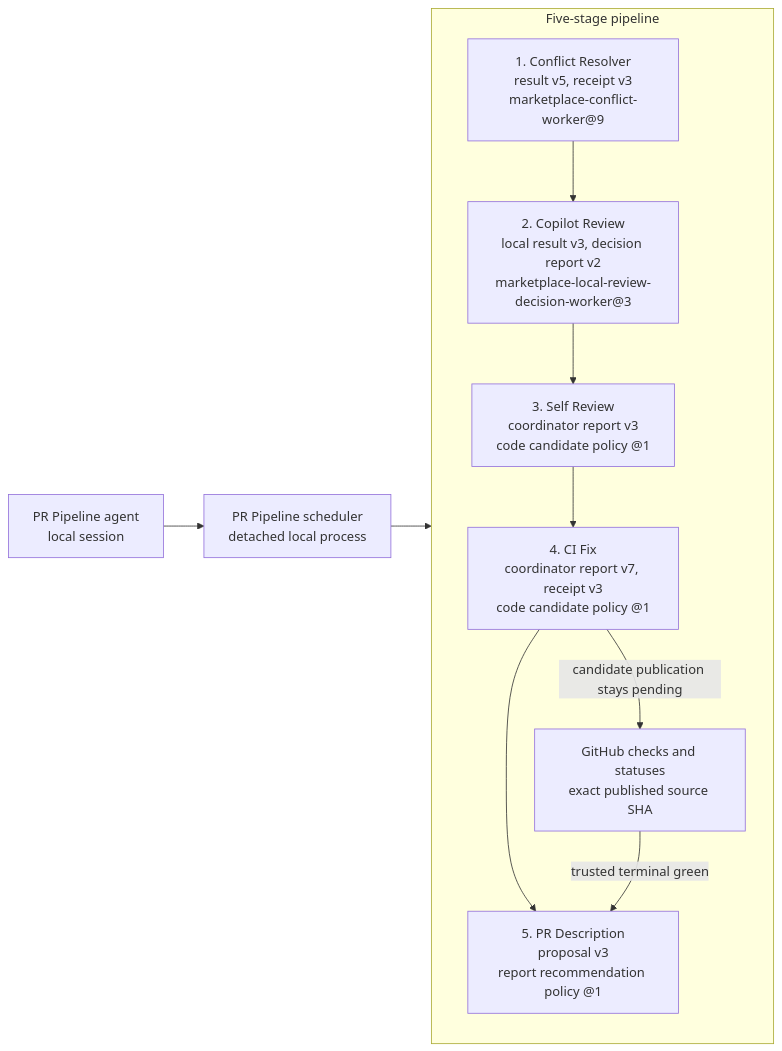
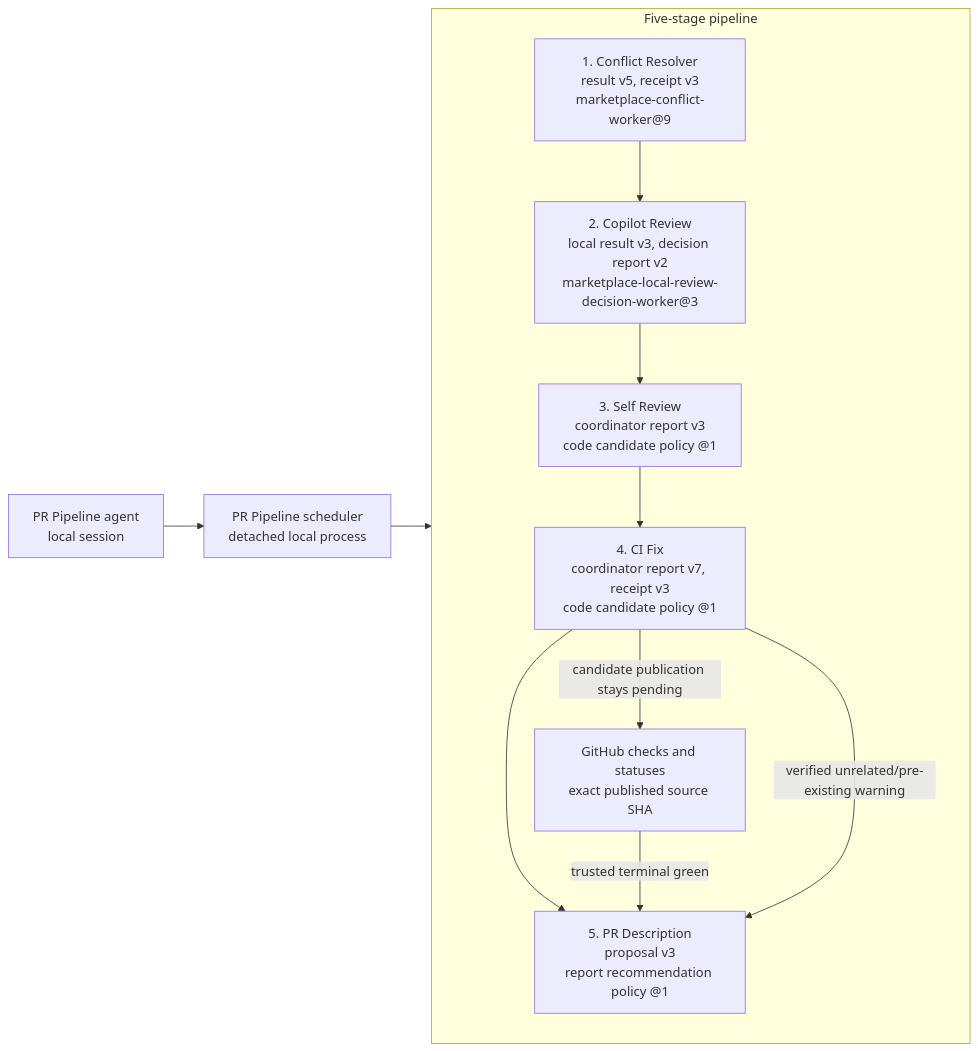
Before and after one commit to trask/copilot-plugins: the diagram in plugins/pr-pipeline/README.md, drawn with Mermaid. The commit also changed other lines of this file and 8 other files, not shown here.

````diff
--- a/plugins/pr-pipeline/README.md
+++ b/plugins/pr-pipeline/README.md
@@ -5,22 +5,23 @@
 ```mermaid
 flowchart LR
     agent["PR Pipeline agent<br/>local session"]
     scheduler["PR Pipeline scheduler<br/>detached local process"]
     agent --> scheduler
 
     subgraph pipeline["Five-stage pipeline"]
         direction TB
         conflict["1. Conflict Resolver<br/>result v5, receipt v3<br/>marketplace-conflict-worker@9"]
         copilotReview["2. Copilot Review<br/>local result v3, decision report v2<br/>marketplace-local-review-decision-worker@3"]
         selfReview["3. Self Review<br/>coordinator report v3<br/>code candidate policy @1"]
         ci["4. CI Fix<br/>coordinator report v7, receipt v3<br/>code candidate policy @1"]
         description["5. PR Description<br/>proposal v3<br/>report recommendation policy @1"]
         checks["GitHub checks and statuses<br/>exact published source SHA"]
 
         conflict --> copilotReview --> selfReview --> ci --> description
         ci -->|"candidate publication stays pending"| checks
         checks -->|"trusted terminal green"| description
+        ci -->|"verified unrelated/pre-existing warning"| description
     end
 
     scheduler --> conflict
 ```
````
